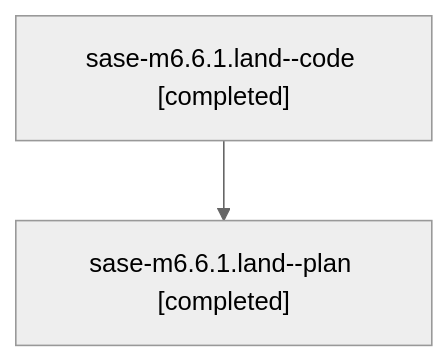
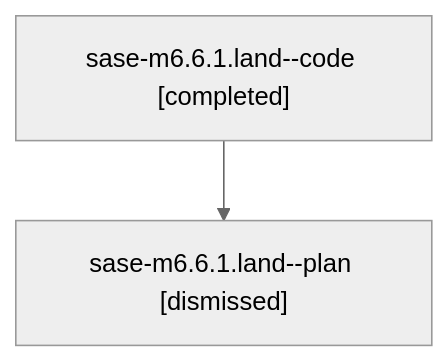
One commit to sase-org/sase--agents changed the diagram in families/bbugyi200.athena.sase-m6.6.1.land.md. Above: the diagram before and after it, drawn with Mermaid (neutral theme). The commit also changed other lines of this file and 335 other files, not shown here.

````diff
--- a/families/bbugyi200.athena.sase-m6.6.1.land.md
+++ b/families/bbugyi200.athena.sase-m6.6.1.land.md
@@ -9,6 +9,6 @@
 ```mermaid
 flowchart TD
   n0["sase-m6.6.1.land--code [completed]"]
-  n1["sase-m6.6.1.land--plan [completed]"]
+  n1["sase-m6.6.1.land--plan [dismissed]"]
   n0 --> n1
 ```
````
